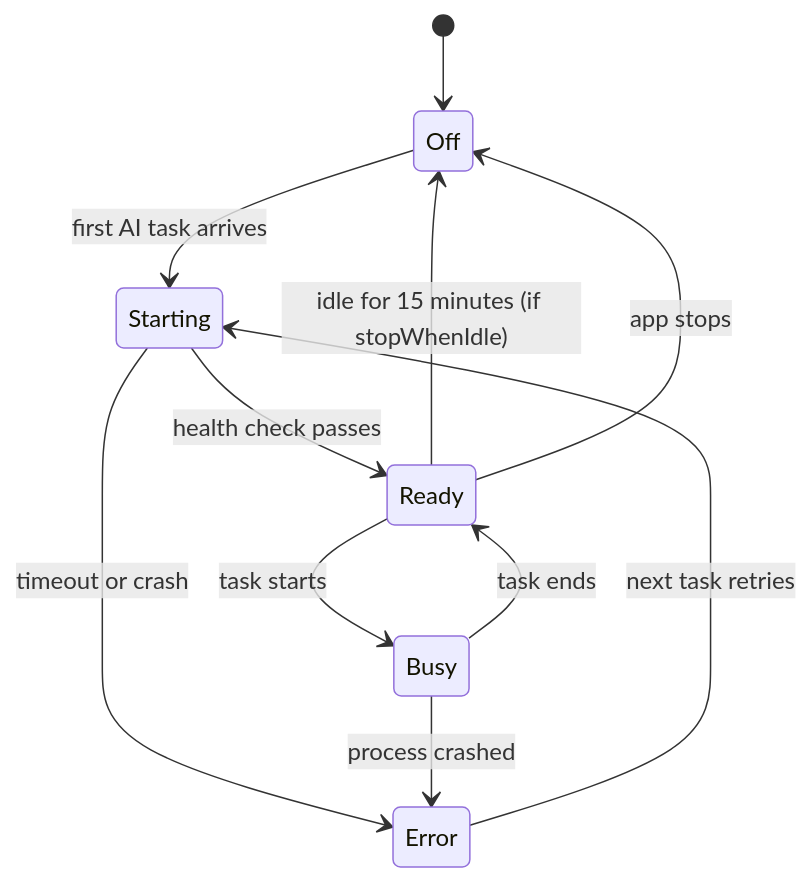
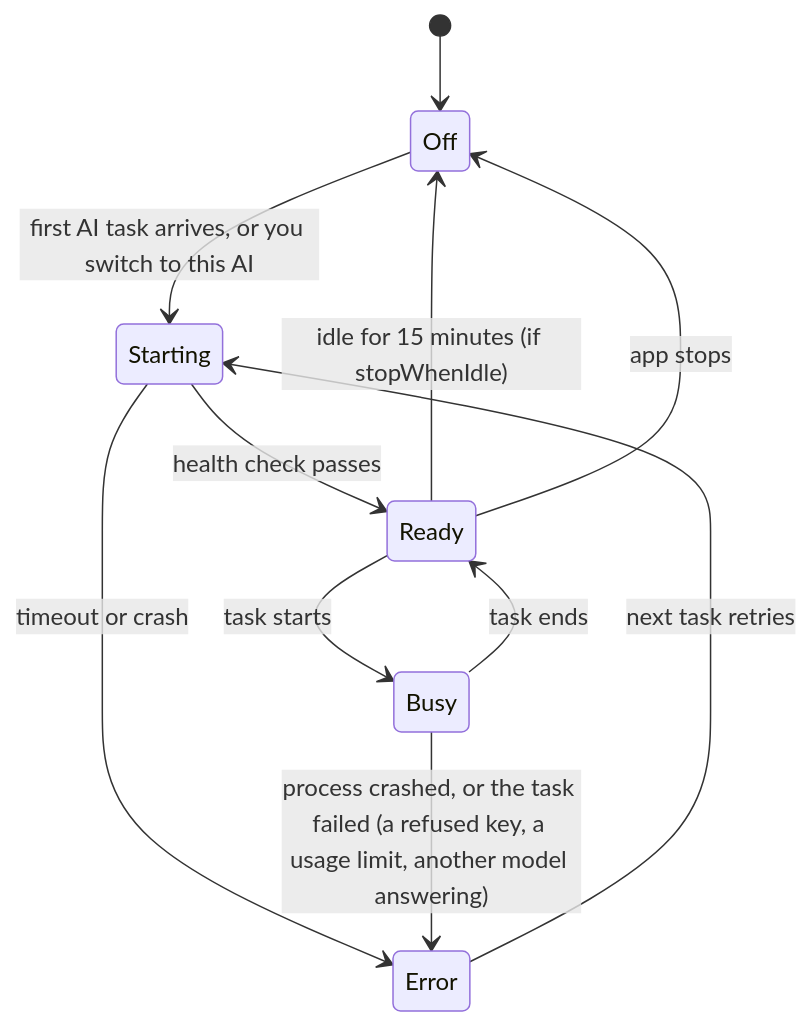
The ninth of 12 diagrams in docs/architecture.md (aximili/job-registry), drawn with Mermaid before and after one commit. The commit also changed other lines of this file and 105 other files, not shown here.

````diff
--- a/docs/architecture.md
+++ b/docs/architecture.md
@@ -665,13 +719,13 @@
 ```mermaid
 stateDiagram-v2
   [*] --> Off
-  Off --> Starting: first AI task arrives
+  Off --> Starting: first AI task arrives, or you switch to this AI
   Starting --> Ready: health check passes
   Starting --> Error: timeout or crash
   Ready --> Busy: task starts
   Busy --> Ready: task ends
-  Busy --> Error: process crashed
+  Busy --> Error: process crashed, or the task failed (a refused key, a usage limit, another model answering)
   Ready --> Off: idle for 15 minutes (if stopWhenIdle)
   Error --> Starting: next task retries
   Ready --> Off: app stops
 ```
````
